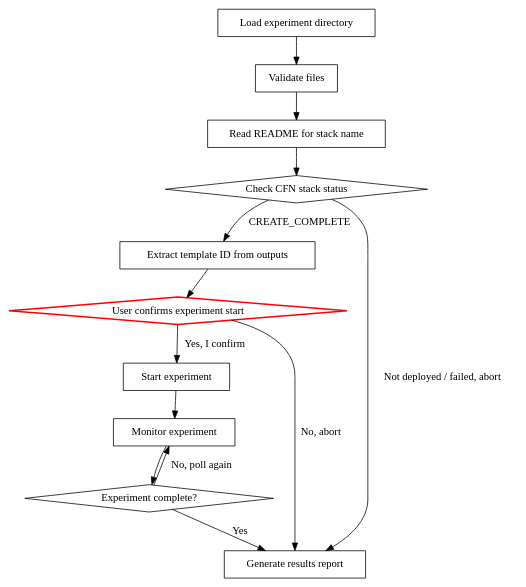
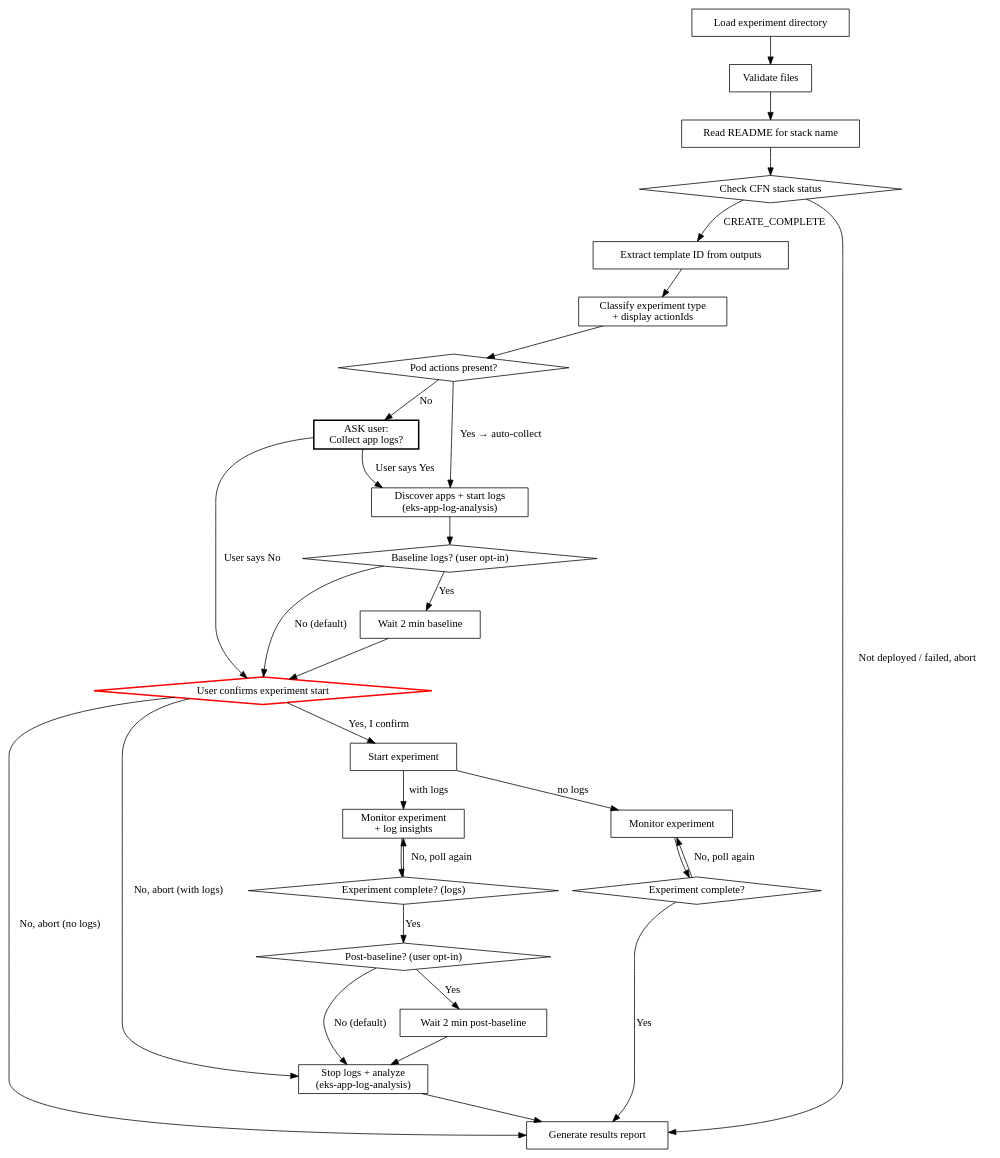
The diagram in aws-fis-experiment-execute/SKILL.md (aws-samples/sample-fis-skills), drawn with Graphviz before and after one commit. The commit also changed other lines of this file and 7 other files, not shown here.

````diff
--- a/aws-fis-experiment-execute/SKILL.md
+++ b/aws-fis-experiment-execute/SKILL.md
@@ -37,27 +34,56 @@
 ```dot
 digraph execute_flow {
     "Load experiment directory" [shape=box];
     "Validate files" [shape=box];
     "Read README for stack name" [shape=box];
     "Check CFN stack status" [shape=diamond];
     "Extract template ID from outputs" [shape=box];
+    "Classify experiment type\n+ display actionIds" [shape=box];
+    "Pod actions present?" [shape=diamond];
+    "ASK user:\nCollect app logs?" [shape=box, style=bold];
+    "Discover apps + start logs\n(eks-app-log-analysis)" [shape=box];
+    "Baseline logs? (user opt-in)" [shape=diamond];
+    "Wait 2 min baseline" [shape=box];
     "User confirms experiment start" [shape=diamond, style=bold, color=red];
     "Start experiment" [shape=box];
     "Monitor experiment" [shape=box];
+    "Monitor experiment\n+ log insights" [shape=box];
     "Experiment complete?" [shape=diamond];
+    "Experiment complete? (logs)" [shape=diamond];
+    "Post-baseline? (user opt-in)" [shape=diamond];
+    "Wait 2 min post-baseline" [shape=box];
+    "Stop logs + analyze\n(eks-app-log-analysis)" [shape=box];
     "Generate results report" [shape=box];
 
     "Load experiment directory" -> "Validate files";
     "Validate files" -> "Read README for stack name";
     "Read README for stack name" -> "Check CFN stack status";
     "Check CFN stack status" -> "Extract template ID from outputs" [label="CREATE_COMPLETE"];
     "Check CFN stack status" -> "Generate results report" [label="Not deployed / failed, abort"];
-    "Extract template ID from outputs" -> "User confirms experiment start";
+    "Extract template ID from outputs" -> "Classify experiment type\n+ display actionIds";
+    "Classify experiment type\n+ display actionIds" -> "Pod actions present?";
+    "Pod actions present?" -> "Discover apps + start logs\n(eks-app-log-analysis)" [label="Yes → auto-collect"];
+    "Pod actions present?" -> "ASK user:\nCollect app logs?" [label="No"];
+    "ASK user:\nCollect app logs?" -> "Discover apps + start logs\n(eks-app-log-analysis)" [label="User says Yes"];
+    "ASK user:\nCollect app logs?" -> "User confirms experiment start" [label="User says No"];
+    "Discover apps + start logs\n(eks-app-log-analysis)" -> "Baseline logs? (user opt-in)";
+    "Baseline logs? (user opt-in)" -> "Wait 2 min baseline" [label="Yes"];
+    "Baseline logs? (user opt-in)" -> "User confirms experiment start" [label="No (default)"];
+    "Wait 2 min baseline" -> "User confirms experiment start";
     "User confirms experiment start" -> "Start experiment" [label="Yes, I confirm"];
-    "User confirms experiment start" -> "Generate results report" [label="No, abort"];
-    "Start experiment" -> "Monitor experiment";
+    "User confirms experiment start" -> "Generate results report" [label="No, abort (no logs)"];
+    "User confirms experiment start" -> "Stop logs + analyze\n(eks-app-log-analysis)" [label="No, abort (with logs)"];
+    "Start experiment" -> "Monitor experiment" [label="no logs"];
+    "Start experiment" -> "Monitor experiment\n+ log insights" [label="with logs"];
     "Monitor experiment" -> "Experiment complete?";
+    "Monitor experiment\n+ log insights" -> "Experiment complete? (logs)";
     "Experiment complete?" -> "Monitor experiment" [label="No, poll again"];
     "Experiment complete?" -> "Generate results report" [label="Yes"];
+    "Experiment complete? (logs)" -> "Monitor experiment\n+ log insights" [label="No, poll again"];
+    "Experiment complete? (logs)" -> "Post-baseline? (user opt-in)" [label="Yes"];
+    "Post-baseline? (user opt-in)" -> "Wait 2 min post-baseline" [label="Yes"];
+    "Post-baseline? (user opt-in)" -> "Stop logs + analyze\n(eks-app-log-analysis)" [label="No (default)"];
+    "Wait 2 min post-baseline" -> "Stop logs + analyze\n(eks-app-log-analysis)";
+    "Stop logs + analyze\n(eks-app-log-analysis)" -> "Generate results report";
 }
 ```
````
